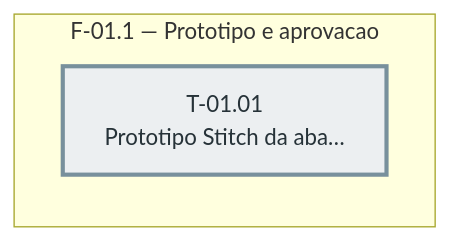
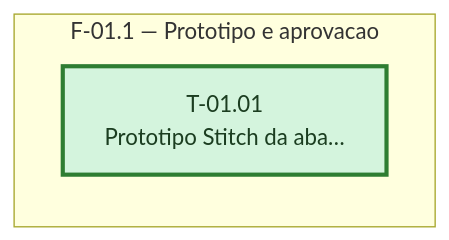
One commit to nymbuslab/bot-restaurante changed the diagram in docs/sprintx/features/extrato-geral-estoque/sprint-01/fases.md. Above: the diagram before and after it, drawn with Mermaid. The commit also changed other lines of this file and 23 other files, not shown here.

````diff
--- a/docs/sprintx/features/extrato-geral-estoque/sprint-01/fases.md
+++ b/docs/sprintx/features/extrato-geral-estoque/sprint-01/fases.md
@@ -18,16 +18,16 @@
 ```mermaid
 %% Grafo de tasks — sprint-01 — gerado pela sprintx a partir de tasks.md
 flowchart LR
   subgraph fase_01_1["F-01.1 — Prototipo e aprovacao"]
     T_01_01["T-01.01<br/>Prototipo Stitch da aba…"]
   end
 
   classDef concluida fill:#d4f4dd,stroke:#2e7d32,color:#1b3d20
   classDef andamento fill:#fff3cd,stroke:#b8860b,color:#4a3800
   classDef bloqueada fill:#f8d7da,stroke:#c62828,color:#4a1d1f
   classDef pendente  fill:#eceff1,stroke:#78909c,color:#263238
   classDef critico   stroke-width:3px
 
-  class T_01_01 pendente
+  class T_01_01 concluida
   class T_01_01 critico
 ```
````
